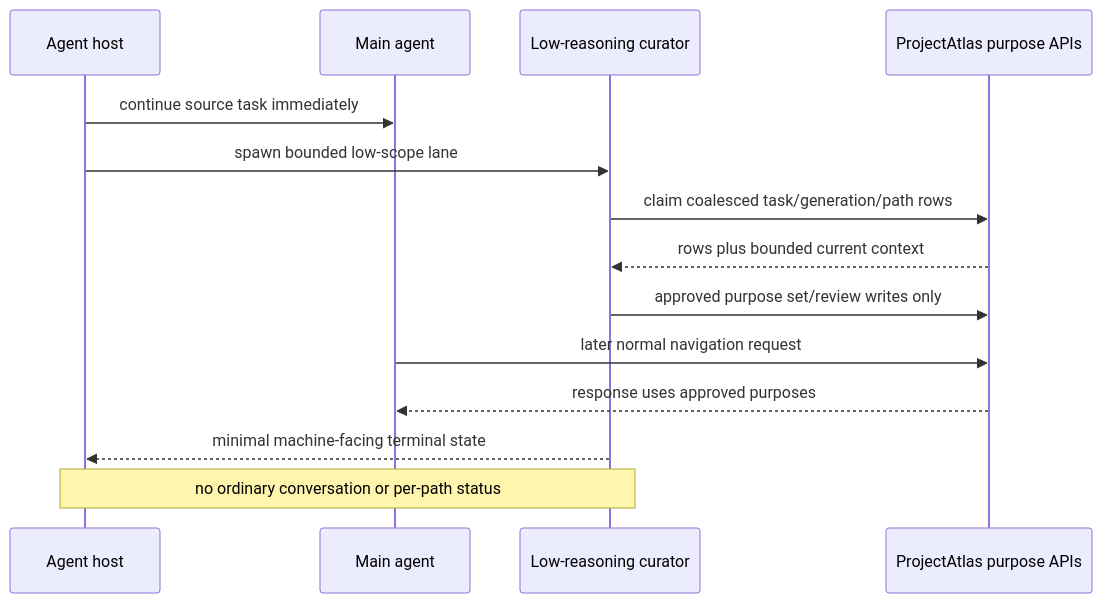
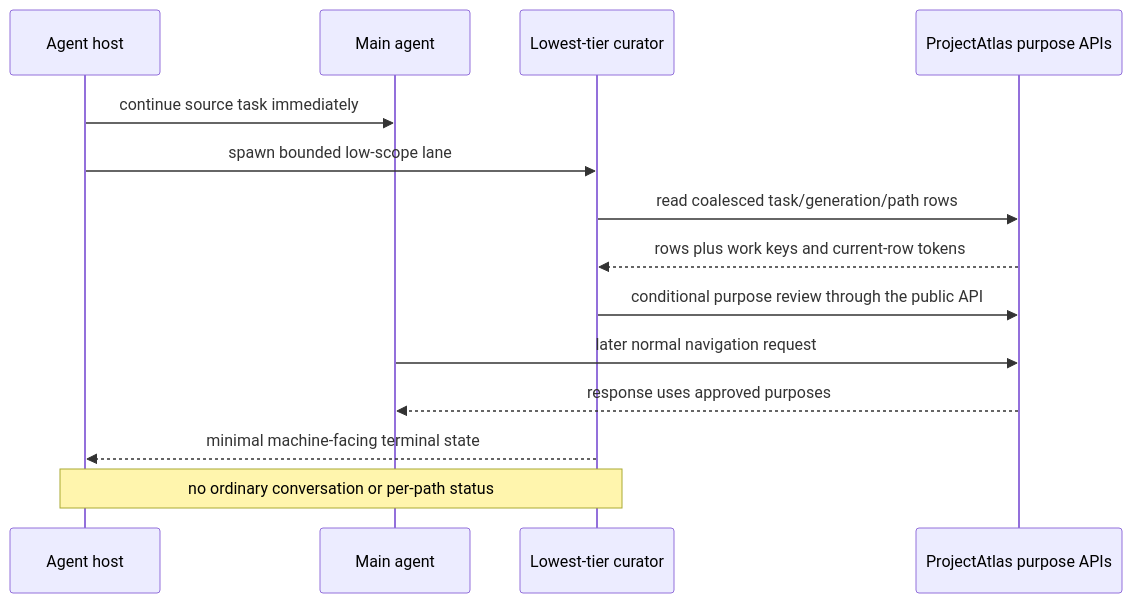
One commit to styler-ai/ProjectAtlas changed the third of 3 diagrams in docs/agent-navigation.md. Above: the diagram before and after it, drawn with Mermaid. The commit also changed other lines of this file and 9 other files, not shown here.

Commit message:
feat(cli): add stale-safe purpose curator handoff (#308)

````diff
--- a/docs/agent-navigation.md
+++ b/docs/agent-navigation.md
@@ -121,17 +121,17 @@
 ```mermaid
 sequenceDiagram
     participant Host as Agent host
     participant Main as Main agent
-    participant Curator as Low-reasoning curator
+    participant Curator as Lowest-tier curator
     participant Atlas as ProjectAtlas purpose APIs
 
     Host->>Main: continue source task immediately
     Host->>Curator: spawn bounded low-scope lane
-    Curator->>Atlas: claim coalesced task/generation/path rows
-    Atlas-->>Curator: rows plus bounded current context
-    Curator->>Atlas: approved purpose set/review writes only
+    Curator->>Atlas: read coalesced task/generation/path rows
+    Atlas-->>Curator: rows plus work keys and current-row tokens
+    Curator->>Atlas: conditional purpose review through the public API
     Main->>Atlas: later normal navigation request
     Atlas-->>Main: response uses approved purposes
     Curator-->>Host: minimal machine-facing terminal state
     Note over Curator,Host: no ordinary conversation or per-path status
 ```
````
